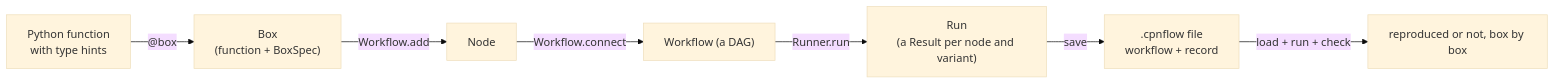
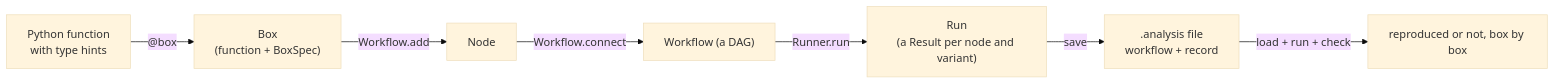
The first of 2 diagrams in docs/framework.md (s4mstruthers/openprocess), drawn with Mermaid (base theme) before and after one commit. The commit also changed other lines of this file and 47 other files, not shown here.

First line of the commit message:
Versions: the record moves only when you keep one; the analysis file is .analysis (0.16.0) (#83)

````diff
--- a/docs/framework.md
+++ b/docs/framework.md
@@ -29,9 +29,9 @@
 ```mermaid
 flowchart LR
   F["Python function<br/>with type hints"] -- "@box" --> B["Box<br/>(function + BoxSpec)"]
   B -- "Workflow.add" --> N["Node"]
   N -- "Workflow.connect" --> W["Workflow (a DAG)"]
   W -- "Runner.run" --> R["Run<br/>(a Result per node and variant)"]
-  R -- "save" --> C[".cpnflow file<br/>workflow + record"]
+  R -- "save" --> C[".analysis file<br/>workflow + record"]
   C -- "load + run + check" --> V["reproduced or not, box by box"]
 ```
````
